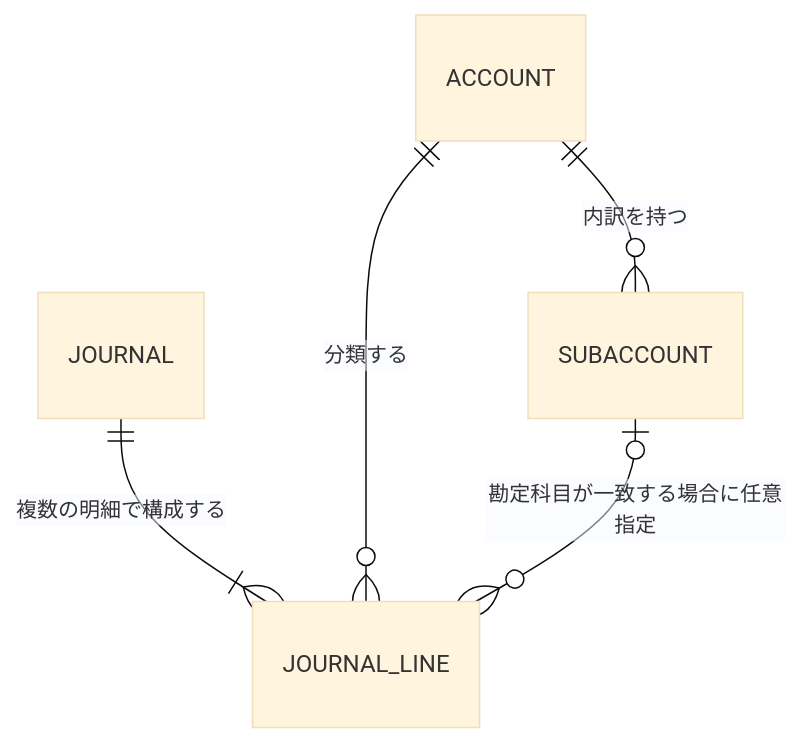
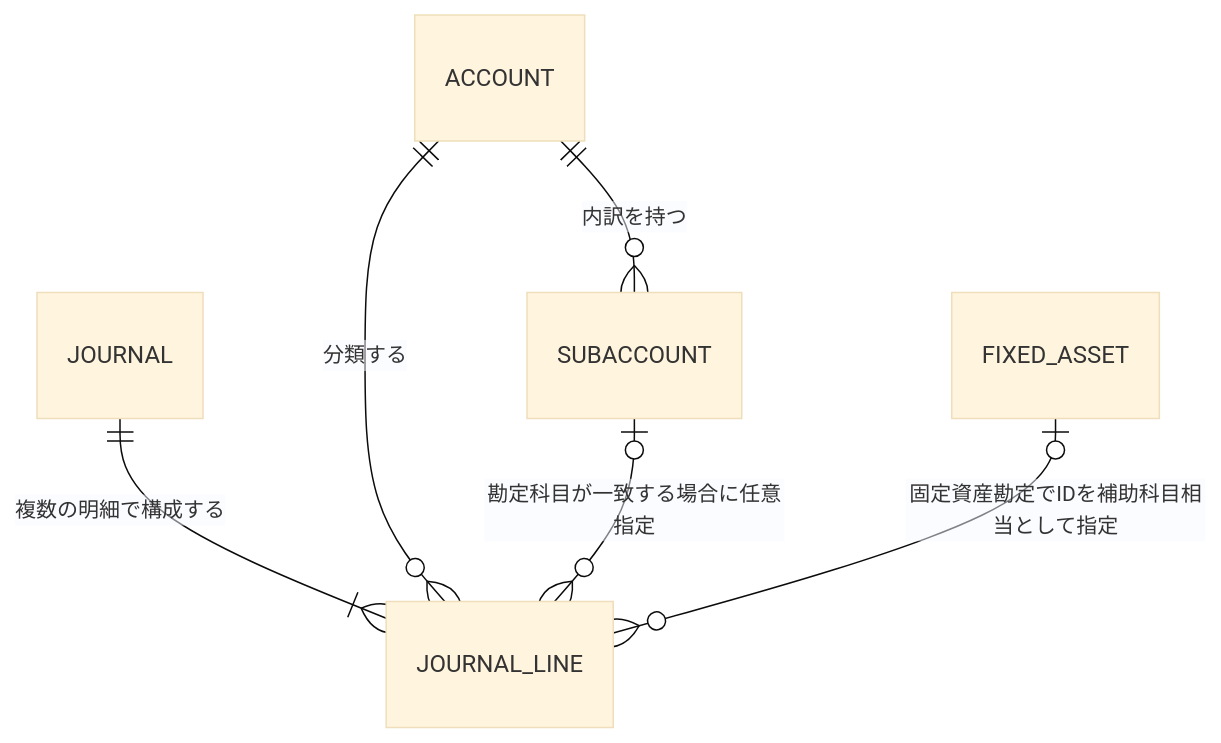
One commit to akichko/aidevtemplate changed the second of 2 diagrams in docs/architecture/domain-model.md. Above: the diagram before and after it, drawn with Mermaid (base theme). The commit also changed other lines of this file and 47 other files, not shown here.

````diff
--- a/docs/architecture/domain-model.md
+++ b/docs/architecture/domain-model.md
@@ -7,7 +19,8 @@
 ```mermaid
 erDiagram
     JOURNAL ||--|{ JOURNAL_LINE : "複数の明細で構成する"
     ACCOUNT ||--o{ JOURNAL_LINE : "分類する"
     ACCOUNT ||--o{ SUBACCOUNT : "内訳を持つ"
     SUBACCOUNT o|--o{ JOURNAL_LINE : "勘定科目が一致する場合に任意指定"
+    FIXED_ASSET o|--o{ JOURNAL_LINE : "固定資産勘定でIDを補助科目相当として指定"
 ```
````
